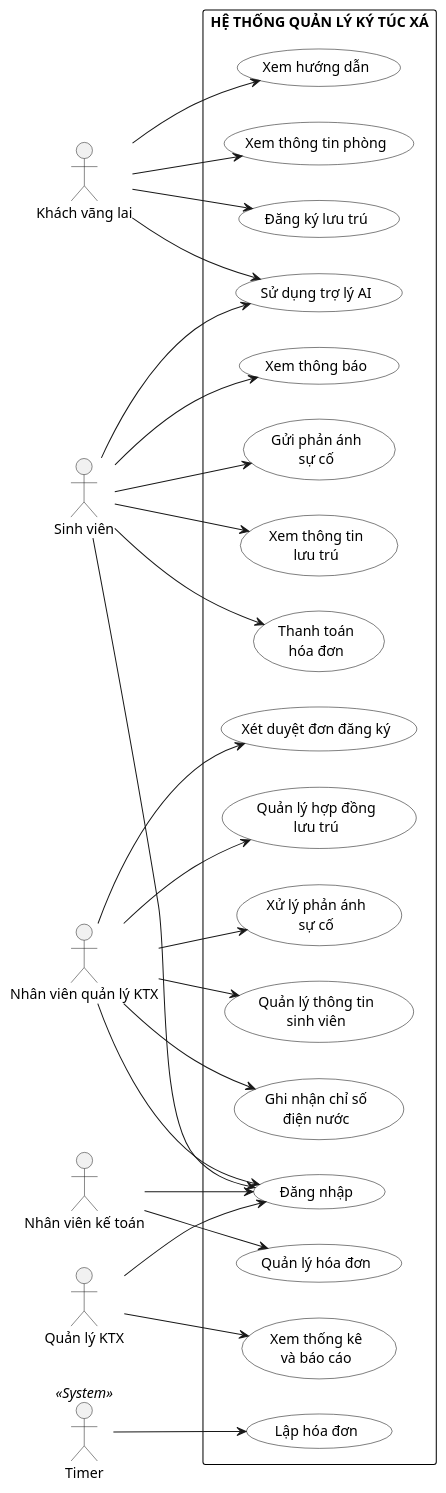
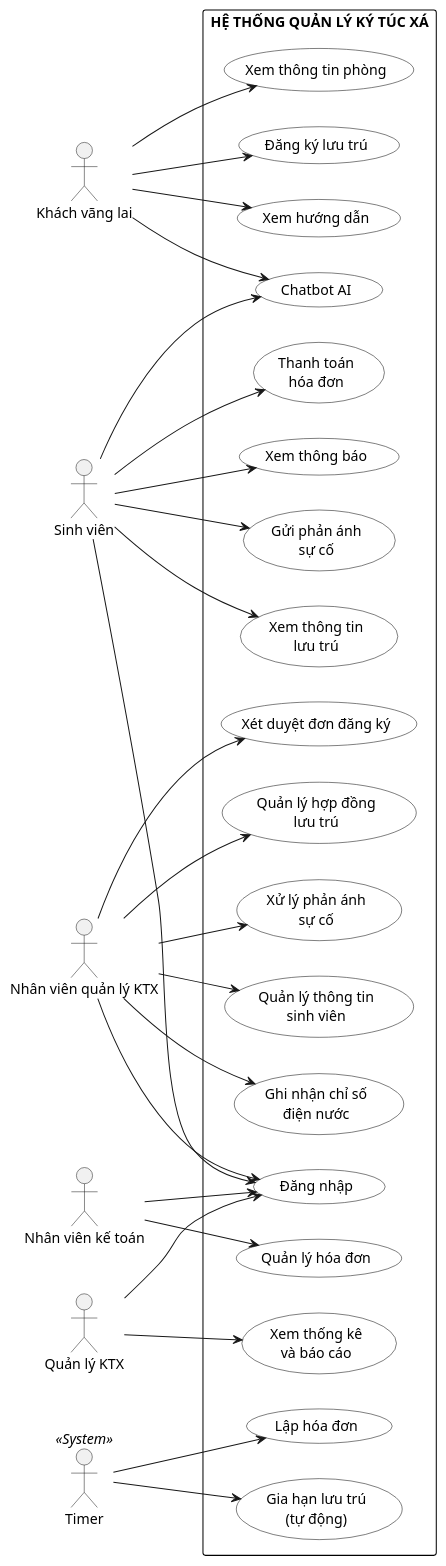
The diagram in docs/06-diagrams/use-case/Use Case Overview Diagram/use-case-overview.puml (vot750422-ui/Kanto-KTX), drawn with PlantUML before and after one commit. The commit also changed 51 other files, not shown here.

```diff
--- a/docs/06-diagrams/use-case/Use Case Overview Diagram/use-case-overview.puml
+++ b/docs/06-diagrams/use-case/Use Case Overview Diagram/use-case-overview.puml
@@ -1,78 +1,80 @@
 @startuml
 left to right direction
 
 skinparam packageStyle rectangle
 skinparam actorStyle stickman
 skinparam usecase {
     BackgroundColor White
     BorderColor Black
 }
 skinparam rectangle {
     BorderColor Black
 }
 
 actor "Khách vãng lai" as Guest
 actor "Sinh viên" as Student
 actor "Nhân viên quản lý KTX" as NVQL
 actor "Nhân viên kế toán" as Accountant
 actor "Quản lý KTX" as Manager
 actor "Timer" as Timer <<System>>
 
 rectangle "HỆ THỐNG QUẢN LÝ KÝ TÚC XÁ" {
 
     usecase "Xem thông tin phòng" as UC15
     usecase "Đăng ký lưu trú" as UC02
     usecase "Xem hướng dẫn" as UC16
 
     usecase "Xem thông báo" as UC12
     usecase "Gửi phản ánh\nsự cố" as UC08
     usecase "Xem thông tin\nlưu trú" as UC11
-    usecase "Sử dụng trợ lý AI" as UC13
+    usecase "Chatbot AI" as UC13
     usecase "Thanh toán\nhóa đơn" as UC17
 
     usecase "Xét duyệt đơn đăng ký" as UC03
     usecase "Quản lý hợp đồng\nlưu trú" as UC05
     usecase "Xử lý phản ánh\nsự cố" as UC09
     usecase "Quản lý thông tin\nsinh viên" as UC04
     usecase "Ghi nhận chỉ số\nđiện nước" as UC06
 
     usecase "Đăng nhập" as UC01
     usecase "Quản lý hóa đơn" as UC07
     usecase "Xem thống kê\nvà báo cáo" as UC14
     usecase "Lập hóa đơn" as UC10
+    usecase "Gia hạn lưu trú\n(tự động)" as UC18
 }
 
 ' Khách vãng lai
 Guest --> UC15
 Guest --> UC02
 Guest --> UC16
 Guest --> UC13
 
 ' Sinh viên
 Student --> UC12
 Student --> UC08
 Student --> UC11
 Student --> UC13
 Student --> UC17
 Student --> UC01
 
 ' Nhân viên quản lý KTX
 NVQL --> UC03
 NVQL --> UC05
 NVQL --> UC09
 NVQL --> UC04
 NVQL --> UC06
 NVQL --> UC01
 
 ' Nhân viên kế toán
 Accountant --> UC01
 Accountant --> UC07
 
 ' Quản lý KTX
 Manager --> UC01
 Manager --> UC14
 
-' Timer
+' Timer (System)
 Timer --> UC10
+Timer --> UC18
 
 @enduml
```
